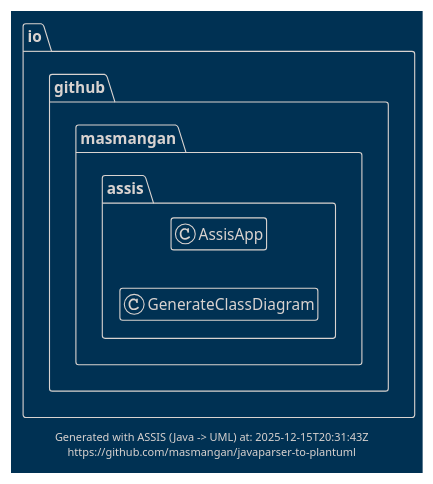
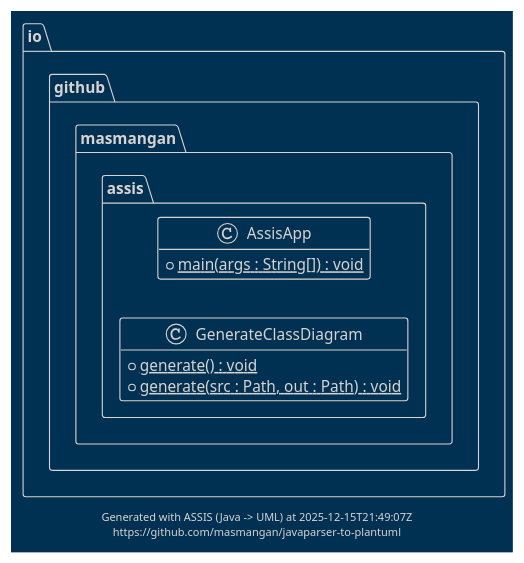
One commit to masmangan/javaparser-to-plantuml changed the diagram in docs/uml/class-diagram.puml. Above: the diagram before and after it, drawn with PlantUML. The commit also changed 3 other files, not shown here.

Commit message:
feat: methods on diagram. Closes #13.

```diff
--- a/docs/uml/class-diagram.puml
+++ b/docs/uml/class-diagram.puml
@@ -1,16 +1,21 @@
 @startuml class-diagram
 hide empty members
 !theme blueprint
 package "io.github.masmangan.assis" {
-class AssisApp
-class GenerateClassDiagram
+class AssisApp{
+  + main(args : String[]) : void {static}
+}
+class GenerateClassDiagram{
+  + generate() : void {static}
+  + generate(src : Path, out : Path) : void {static}
+}
 }
 
 left to right direction
 
 center footer
-Generated with ASSIS (Java -> UML) at: 2025-12-15T20:31:43Z
+Generated with ASSIS (Java -> UML) at 2025-12-15T21:49:07Z
 https://github.com/masmangan/javaparser-to-plantuml
 end footer
 
 @enduml
```
